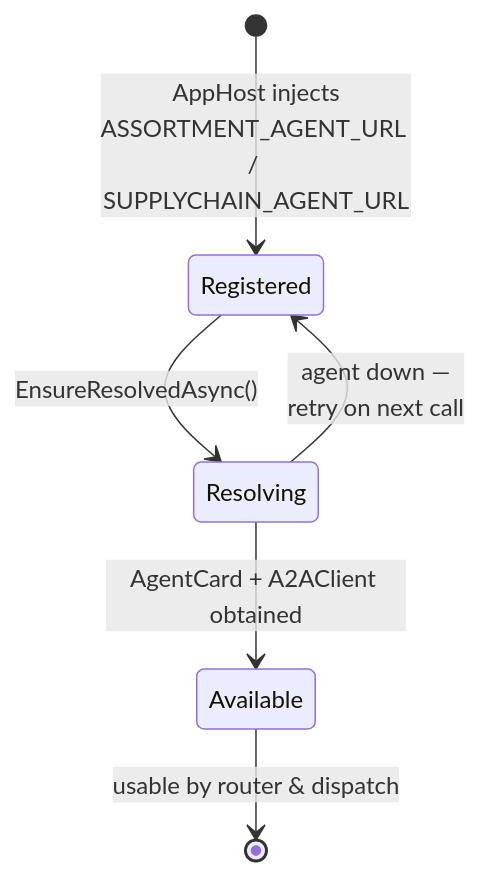
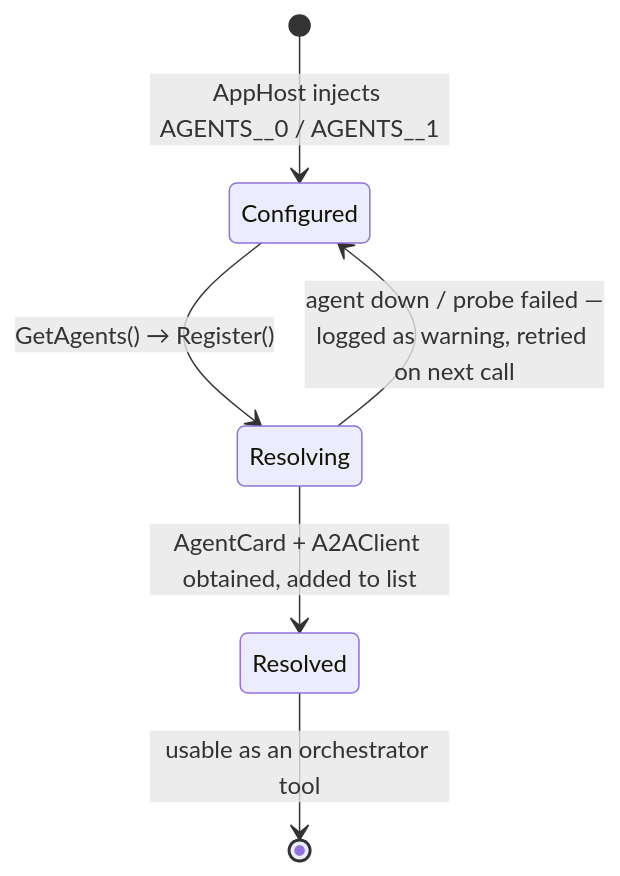
One commit to ohalay/a2a-poc changed the fourth of 4 diagrams in docs/architecture.md. Above: the diagram before and after it, drawn with Mermaid. The commit also changed other lines of this file and 10 other files, not shown here.

````diff
--- a/docs/architecture.md
+++ b/docs/architecture.md
@@ -182,8 +192,8 @@
 ```mermaid
 stateDiagram-v2
-    [*] --> Registered: AppHost injects<br/>ASSORTMENT_AGENT_URL / SUPPLYCHAIN_AGENT_URL
-    Registered --> Resolving: EnsureResolvedAsync()
-    Resolving --> Available: AgentCard + A2AClient obtained
-    Resolving --> Registered: agent down —<br/>retry on next call
-    Available --> [*]: usable by router & dispatch
+    [*] --> Configured: AppHost injects AGENTS__0 / AGENTS__1
+    Configured --> Resolving: GetAgents() → Register()
+    Resolving --> Resolved: AgentCard + A2AClient obtained, added to list
+    Resolving --> Configured: agent down / probe failed —<br/>logged as warning, retried on next call
+    Resolved --> [*]: usable as an orchestrator tool
 ```
````
